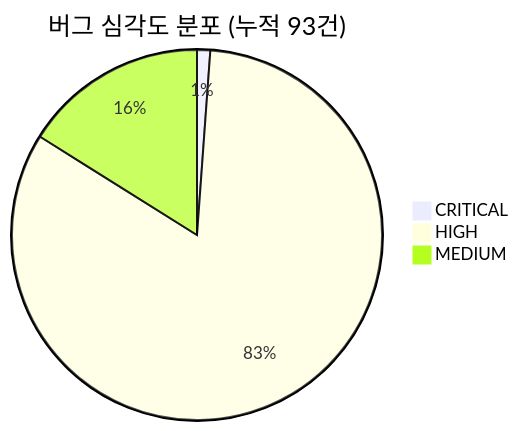
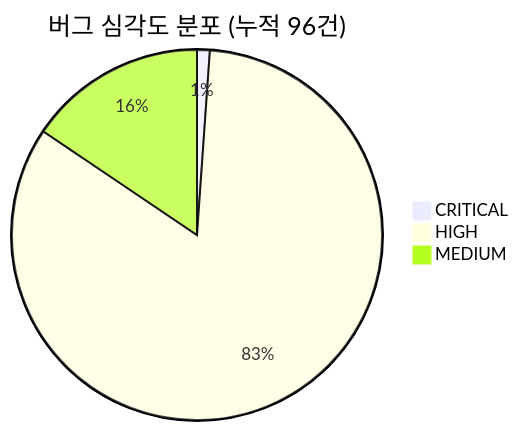
Diagram 20 of 31 in README.md (sun475300-sudo/Swarm-control-in-sc2bot), drawn with Mermaid before and after one commit. The commit also changed other lines of this file and 3 other files, not shown here.

````diff
--- a/README.md
+++ b/README.md
@@ -595,6 +595,6 @@
 ```mermaid
-pie title 버그 심각도 분포 (누적 93건)
+pie title 버그 심각도 분포 (누적 96건)
     "CRITICAL" : 1
-    "HIGH" : 72
+    "HIGH" : 75
     "MEDIUM" : 14
 ```
````
